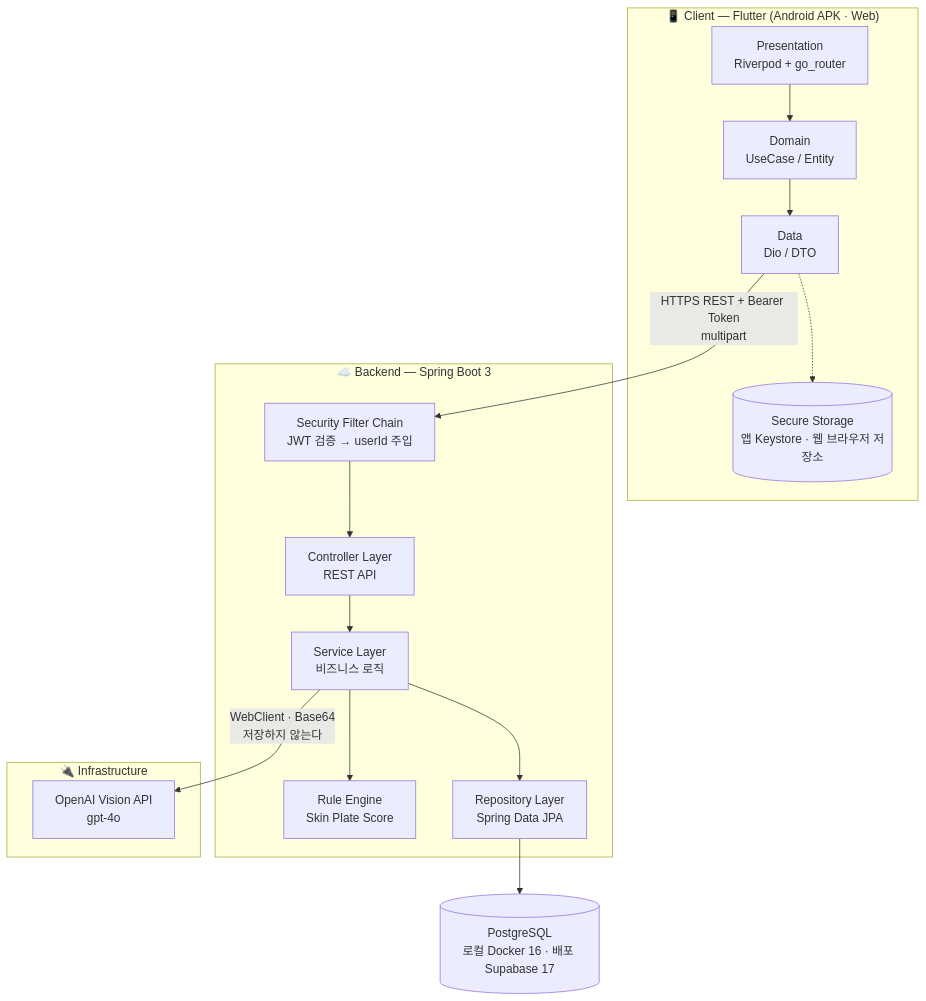
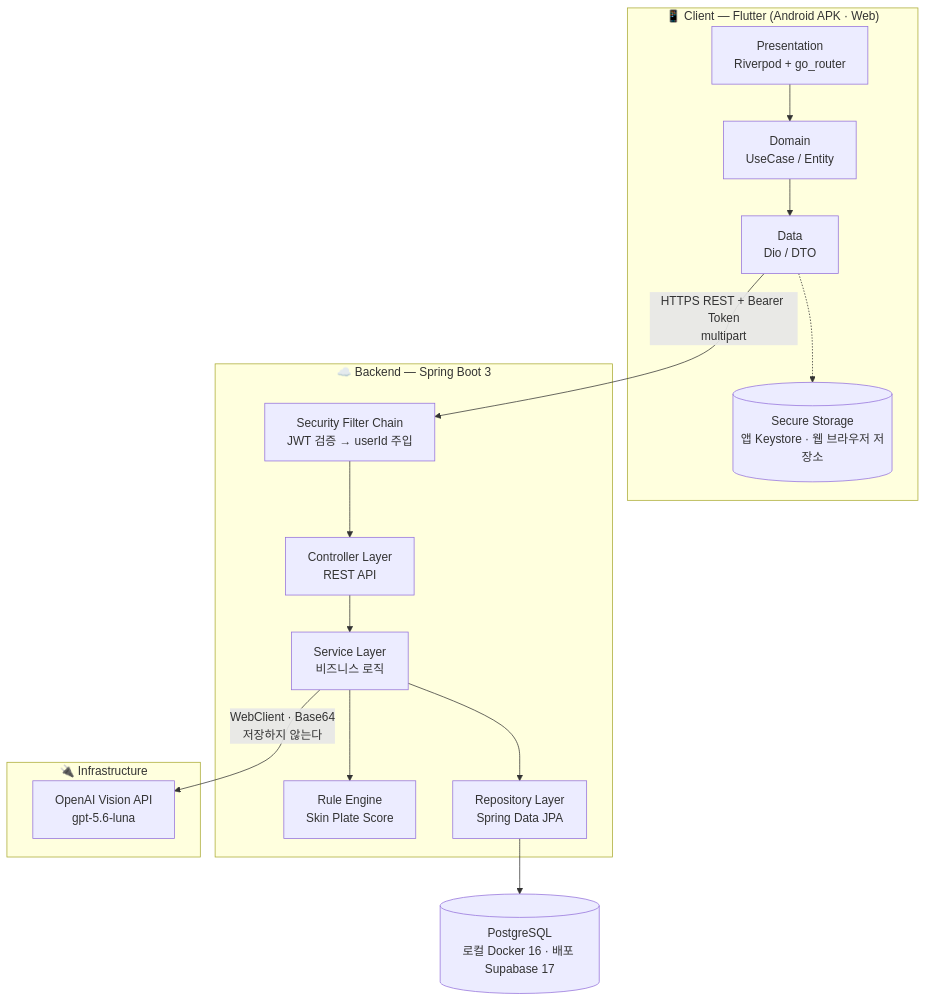
One commit to LikeLion-DU/Skinpick-backend changed the third of 8 diagrams in SkinPlate_PRD.md. Above: the diagram before and after it, drawn with Mermaid. The commit also changed other lines of this file and 3 other files, not shown here.

First line of the commit message:
chore(infra): 피부 분석 모델을 gpt-5.6-luna 로 교체

````diff
--- a/SkinPlate_PRD.md
+++ b/SkinPlate_PRD.md
@@ -531,33 +531,33 @@
 ```mermaid
 flowchart TB
     subgraph Client["📱 Client — Flutter (Android APK · Web)"]
         UI[Presentation<br/>Riverpod + go_router]
         DOM[Domain<br/>UseCase / Entity]
         DATA[Data<br/>Dio / DTO]
         TOKEN[(Secure Storage<br/>앱 Keystore · 웹 브라우저 저장소)]
         UI --> DOM --> DATA
         DATA -.-> TOKEN
     end
 
     subgraph Server["☁️ Backend — Spring Boot 3"]
         SEC[Security Filter Chain<br/>JWT 검증 → userId 주입]
         CTRL[Controller Layer<br/>REST API]
         SVC[Service Layer<br/>비즈니스 로직]
         ENGINE[Rule Engine<br/>Skin Plate Score]
         REPO[Repository Layer<br/>Spring Data JPA]
         SEC --> CTRL
         CTRL --> SVC
         SVC --> ENGINE
         SVC --> REPO
     end
 
     subgraph Infra["🔌 Infrastructure"]
-        OPENAI[OpenAI Vision API<br/>gpt-4o]
+        OPENAI[OpenAI Vision API<br/>gpt-5.6-luna]
     end
 
     DB[(PostgreSQL<br/>로컬 Docker 16 · 배포 Supabase 17)]
 
     DATA -->|"HTTPS REST + Bearer Token<br/>multipart"| SEC
     SVC -->|"WebClient · Base64<br/>저장하지 않는다"| OPENAI
     REPO --> DB
 ```
````
